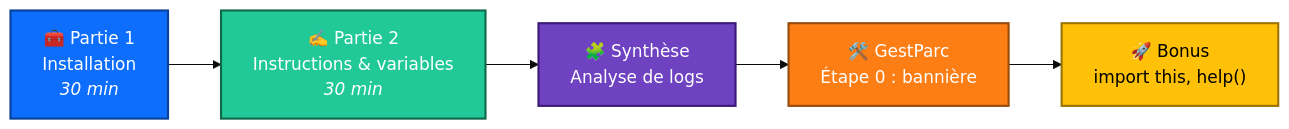
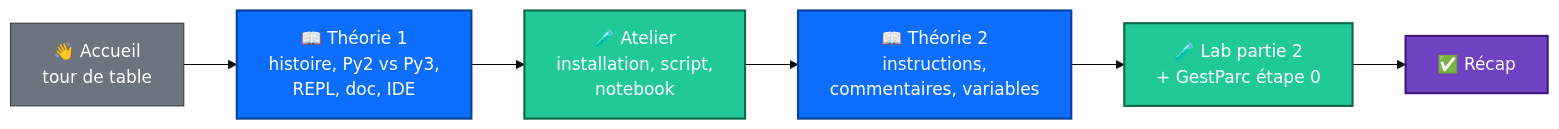
Before and after one commit to hajjiBel/docaposte_python: the first of 4 diagrams in S01/README.md, drawn with Mermaid (base theme). The commit also changed other lines of this file and 3 other files, not shown here.

````diff
--- a/S01/README.md
+++ b/S01/README.md
@@ -29,13 +30,13 @@
 ```mermaid
 flowchart LR
-    A["🧰 Partie 1<br/>Installation<br/><i>30 min</i>"]:::p1 --> B["✍️ Partie 2<br/>Instructions & variables<br/><i>30 min</i>"]:::p2
-    B --> C["🧩 Synthèse<br/>Analyse de logs"]:::syn
-    C --> D["🛠️ GestParc<br/>Étape 0 : bannière"]:::proj
-    D --> E["🚀 Bonus<br/>import this, help()"]:::bonus
+    A["👋 Accueil<br/>tour de table"]:::intro --> B["📖 Théorie 1<br/>histoire, Py2 vs Py3,<br/>REPL, doc, IDE"]:::th
+    B --> C["🧪 Atelier<br/>installation, script,<br/>notebook"]:::lab
+    C --> D["📖 Théorie 2<br/>instructions,<br/>commentaires, variables"]:::th
+    D --> E["🧪 Lab partie 2<br/>+ GestParc étape 0"]:::lab
+    E --> F["✅ Récap"]:::rec
 
-    classDef p1 fill:#0d6efd,color:#fff,stroke:#084298,stroke-width:2px
-    classDef p2 fill:#20c997,color:#fff,stroke:#0f6848,stroke-width:2px
-    classDef syn fill:#6f42c1,color:#fff,stroke:#3d1a78,stroke-width:2px
-    classDef proj fill:#fd7e14,color:#fff,stroke:#984c0c,stroke-width:2px
-    classDef bonus fill:#ffc107,color:#000,stroke:#997404,stroke-width:2px
+    classDef intro fill:#6c757d,color:#fff,stroke:#343a40
+    classDef th fill:#0d6efd,color:#fff,stroke:#084298,stroke-width:2px
+    classDef lab fill:#20c997,color:#fff,stroke:#0f6848,stroke-width:2px
+    classDef rec fill:#6f42c1,color:#fff,stroke:#3d1a78,stroke-width:2px
 ```
````
